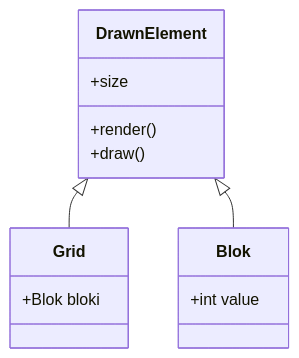
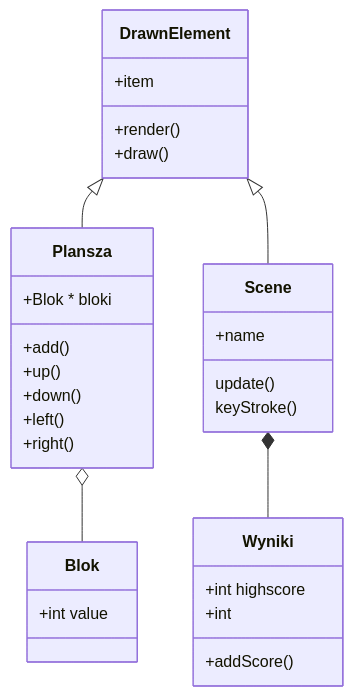
Before and after one commit to RafalLeja/UWr: the diagram in PO/projekt/uml.md, drawn with Mermaid.

Commit message:
uml projekt2 PO

````diff
--- a/PO/projekt/uml.md
+++ b/PO/projekt/uml.md
@@ -1,14 +1,31 @@
 ```mermaid
 classDiagram
-  DrawnElement <|-- Grid
-  DrawnElement <|-- Blok
-  DrawnElement: +size
+  DrawnElement <|-- Plansza
+  Plansza o-- Blok
+  Scene *-- Wyniki
+  DrawnElement <|-- Scene
+  DrawnElement: +item
   DrawnElement: +render()
   DrawnElement: +draw()
-  class Grid{
-    +Blok bloki
+  class Plansza{
+    +Blok * bloki
+    +add()
+    +up()
+    +down()
+    +left()
+    +right()
   }
   class Blok{
     +int value
   }
+  class Wyniki{
+    +int highscore
+    +int
+    +addScore()
+  }
+  class Scene{
+    +name
+    update()
+    keyStroke()
+  } 
 ```
````
